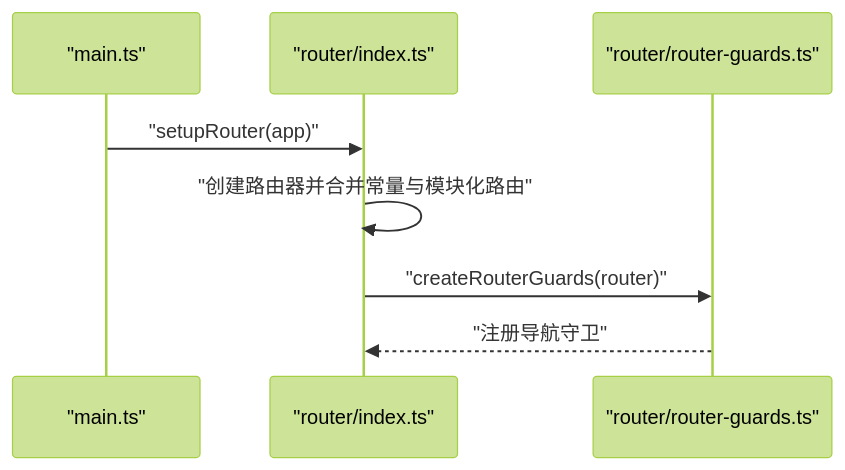
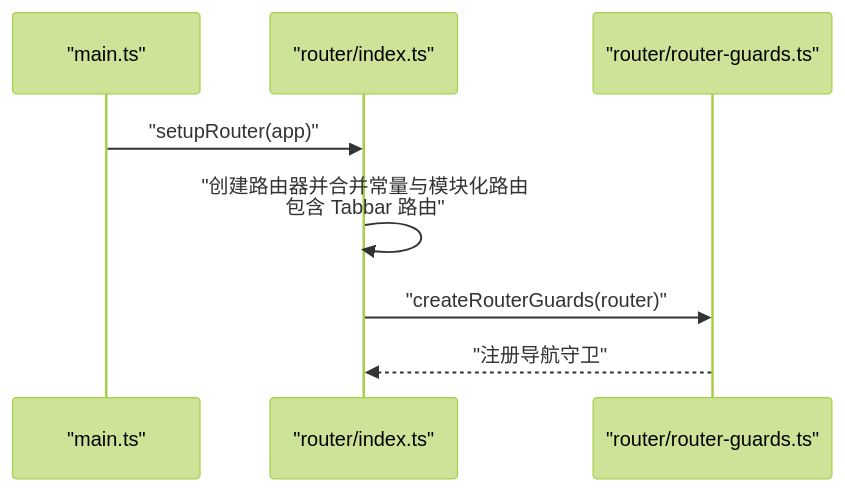
The third of 10 diagrams in .qoder/repowiki/zh/content/核心系统/路由系统.md (giserman001/vue3-vant4-mobile), drawn with Mermaid (forest theme) before and after one commit. The commit also changed other lines of this file and 60 other files, not shown here.

````diff
--- a/.qoder/repowiki/zh/content/核心系统/路由系统.md
+++ b/.qoder/repowiki/zh/content/核心系统/路由系统.md
@@ -157,10 +195,10 @@
 ```mermaid
 sequenceDiagram
 participant App as "main.ts"
 participant Router as "router/index.ts"
 participant Guards as "router/router-guards.ts"
 App->>Router : "setupRouter(app)"
-Router->>Router : "创建路由器并合并常量与模块化路由"
+Router->>Router : "创建路由器并合并常量与模块化路由<br/>包含 Tabbar 路由"
 Router->>Guards : "createRouterGuards(router)"
 Guards-->>Router : "注册导航守卫"
 ```
````
